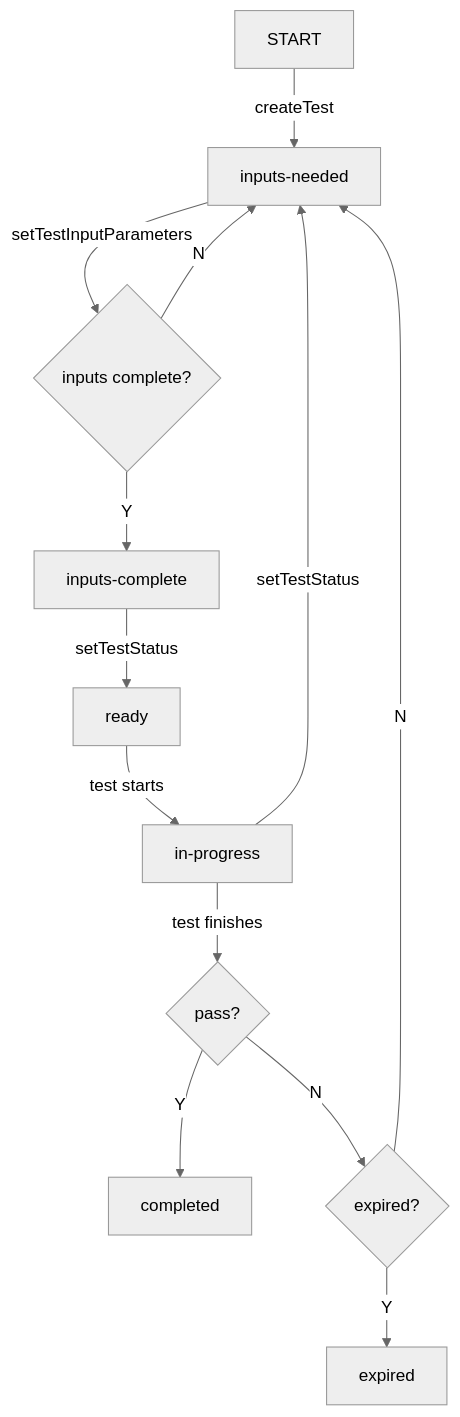
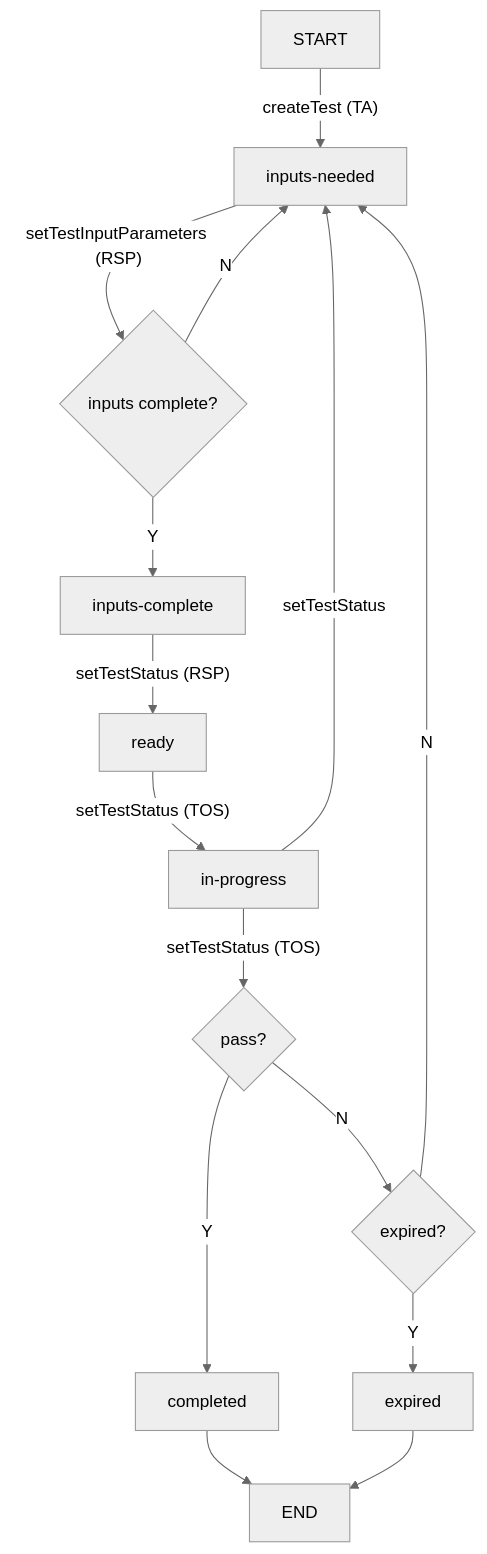
The diagram in test-object-state-machine.mmd (icann/rst-api-spec), drawn with Mermaid (neutral theme) before and after one commit.

Commit message:
annotate to indicate the actor

```diff
--- a/test-object-state-machine.mmd
+++ b/test-object-state-machine.mmd
@@ -1,13 +1,15 @@
 flowchart TD
-    START[START] --> |createTest| A
-    A[inputs-needed] -->|setTestInputParameters| B{inputs complete?}
+    START[START] --> |"createTest (TA)"| A
+    A[inputs-needed] -->|"setTestInputParameters (RSP)"| B{inputs complete?}
     B -->|N| A
     B -->|Y| C[inputs-complete]
-    C -->|setTestStatus| D[ready]
-    D --> |test starts| E1[in-progress]
+    C -->|"setTestStatus (RSP)"| D[ready]
+    D --> |"setTestStatus (TOS)"| E1[in-progress]
     E1 --> |setTestStatus| A
-    E1 --> |test finishes| G{pass?}
+    E1 --> |"setTestStatus (TOS)"| G{pass?}
     G --> |Y| H[completed]
     G --> |N| I{expired?}
     I --> |N| A
     I --> |Y| J[expired]
+    H --> END
+    J --> END
```
